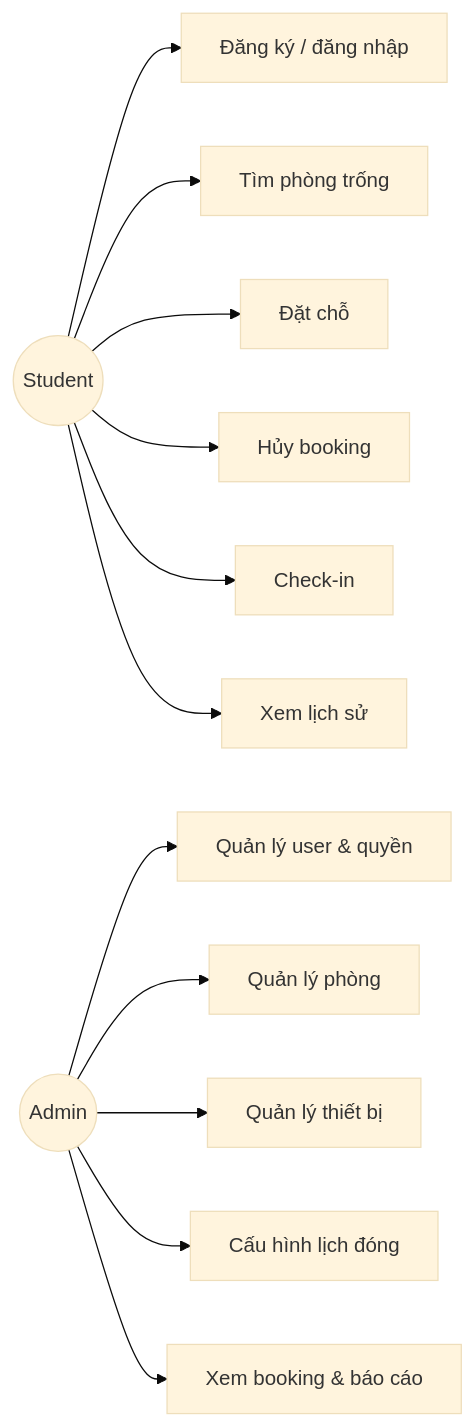
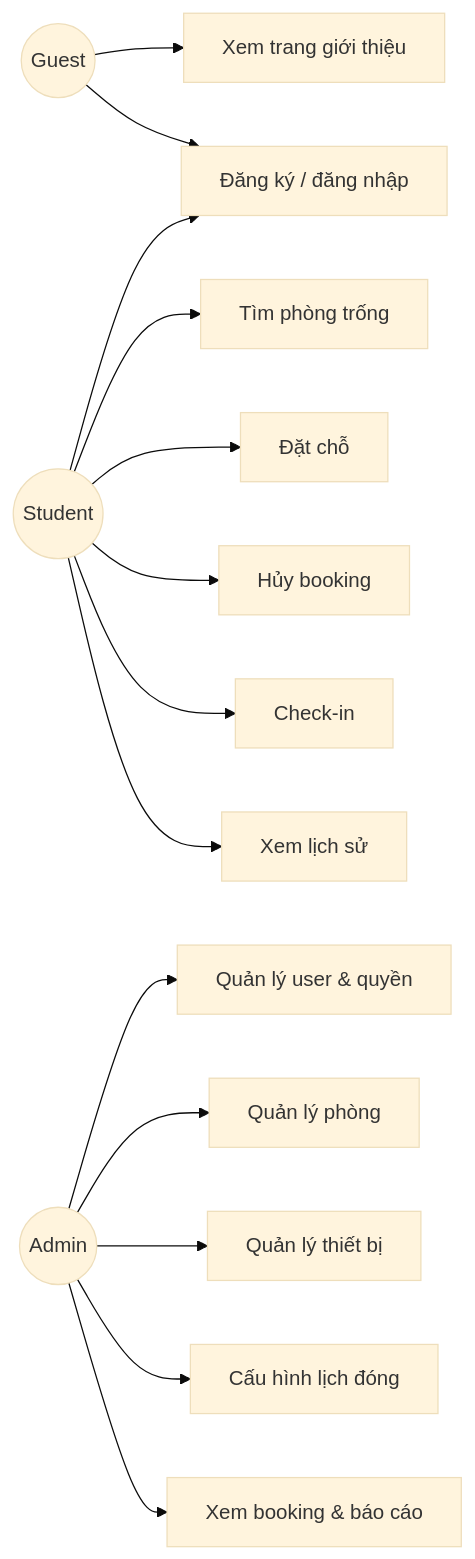
The first of 3 diagrams in docs/00-diagrams.md (bachiep/studyspace-quality-assurance), drawn with Mermaid (base theme) before and after one commit. The commit also changed other lines of this file and 32 other files, not shown here.

````diff
--- a/docs/00-diagrams.md
+++ b/docs/00-diagrams.md
@@ -5,14 +5,16 @@
 ```mermaid
 flowchart LR
+  Guest((Guest)) --> Landing[Xem trang giới thiệu]
+  Guest --> Auth[Đăng ký / đăng nhập]
   Student((Student)) --> Auth[Đăng ký / đăng nhập]
   Student --> Find[Tìm phòng trống]
   Student --> Book[Đặt chỗ]
   Student --> Cancel[Hủy booking]
   Student --> Checkin[Check-in]
   Student --> History[Xem lịch sử]
   Admin((Admin)) --> Users[Quản lý user & quyền]
   Admin --> Rooms[Quản lý phòng]
   Admin --> Equipment[Quản lý thiết bị]
   Admin --> Closures[Cấu hình lịch đóng]
   Admin --> Monitor[Xem booking & báo cáo]
 ```
````
